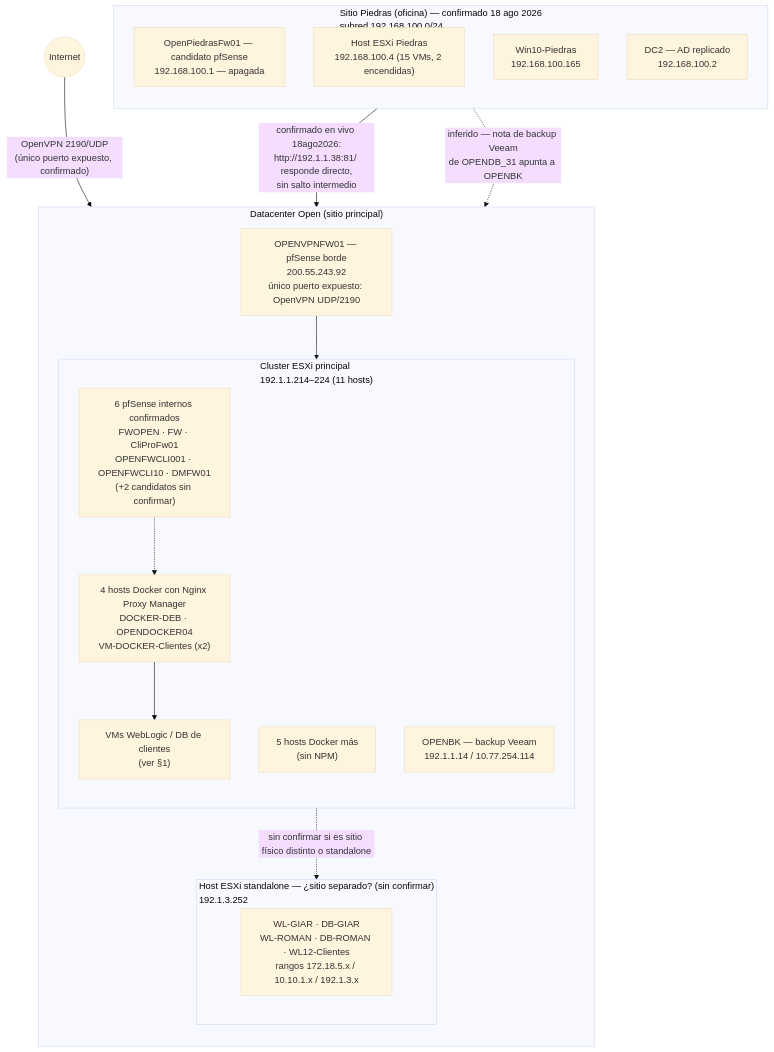
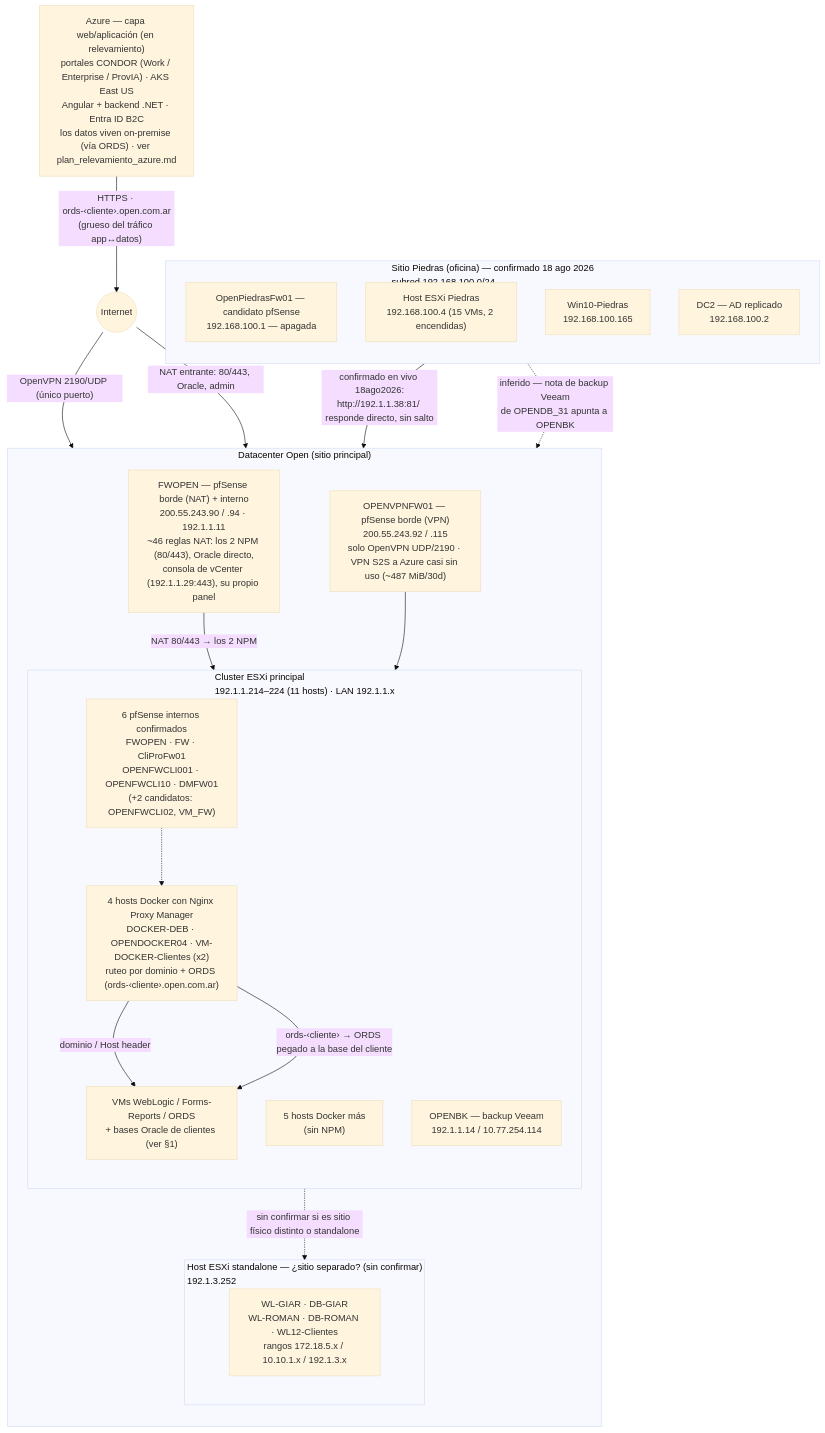
Before and after one commit to gianfranco-s/smartsouth-opensolutions: the second of 2 diagrams in infra/topology.md, drawn with Mermaid (base theme). The commit also changed other lines of this file and 3 other files, not shown here.

````diff
--- a/infra/topology.md
+++ b/infra/topology.md
@@ -154,40 +154,46 @@
 ```mermaid
 flowchart TB
   Internet(("Internet"))
+  AZURE["Azure — capa web/aplicación (en relevamiento)<br/>portales CONDOR (Work / Enterprise / ProvIA) · AKS East US<br/>Angular + backend .NET · Entra ID B2C<br/>los datos viven on-premise (vía ORDS) · ver plan_relevamiento_azure.md"]
 
   subgraph DC["Datacenter Open (sitio principal)"]
     direction TB
-    EDGE["OPENVPNFW01 — pfSense borde<br/>200.55.243.92<br/>único puerto expuesto: OpenVPN UDP/2190"]
+    EDGE["OPENVPNFW01 — pfSense borde (VPN)<br/>200.55.243.92 / .115<br/>solo OpenVPN UDP/2190 · VPN S2S a Azure casi sin uso (~487 MiB/30d)"]
+    EDGE2["FWOPEN — pfSense borde (NAT) + interno<br/>200.55.243.90 / .94 · 192.1.1.11<br/>~46 reglas NAT: los 2 NPM (80/443), Oracle directo,<br/>consola de vCenter (192.1.1.29:443), su propio panel"]
 
-    subgraph CLUSTER["Cluster ESXi principal<br/>192.1.1.214–224 (11 hosts)"]
+    subgraph CLUSTER["Cluster ESXi principal<br/>192.1.1.214–224 (11 hosts) · LAN 192.1.1.x"]
       direction TB
-      FWINT["6 pfSense internos confirmados<br/>FWOPEN · FW · CliProFw01<br/>OPENFWCLI001 · OPENFWCLI10 · DMFW01<br/>(+2 candidatos sin confirmar)"]
-      NPM["4 hosts Docker con Nginx Proxy Manager<br/>DOCKER-DEB · OPENDOCKER04<br/>VM-DOCKER-Clientes (x2)"]
+      FWINT["6 pfSense internos confirmados<br/>FWOPEN · FW · CliProFw01<br/>OPENFWCLI001 · OPENFWCLI10 · DMFW01<br/>(+2 candidatos: OPENFWCLI02, VM_FW)"]
+      NPM["4 hosts Docker con Nginx Proxy Manager<br/>DOCKER-DEB · OPENDOCKER04 · VM-DOCKER-Clientes (x2)<br/>ruteo por dominio + ORDS (ords-‹cliente›.open.com.ar)"]
       OTHERDOCKER["5 hosts Docker más<br/>(sin NPM)"]
-      WLDB["VMs WebLogic / DB de clientes<br/>(ver §1)"]
+      WLDB["VMs WebLogic / Forms-Reports / ORDS<br/>+ bases Oracle de clientes (ver §1)"]
       BACKUP["OPENBK — backup Veeam<br/>192.1.1.14 / 10.77.254.114"]
     end
 
     subgraph HOST2["Host ESXi standalone — ¿sitio separado? (sin confirmar)<br/>192.1.3.252"]
       direction TB
       GIARROMAN["WL-GIAR · DB-GIAR<br/>WL-ROMAN · DB-ROMAN · WL12-Clientes<br/>rangos 172.18.5.x / 10.10.1.x / 192.1.3.x"]
     end
   end
 
   subgraph PIEDRAS["Sitio Piedras (oficina) — confirmado 18 ago 2026<br/>subred 192.168.100.0/24"]
     direction TB
     PFW["OpenPiedrasFw01 — candidato pfSense<br/>192.168.100.1 — apagada"]
     PHOST["Host ESXi Piedras<br/>192.168.100.4 (15 VMs, 2 encendidas)"]
     PWIN["Win10-Piedras<br/>192.168.100.165"]
     PDC["DC2 — AD replicado<br/>192.168.100.2"]
   end
 
-  Internet -->|"OpenVPN 2190/UDP<br/>(único puerto expuesto, confirmado)"| EDGE
+  AZURE -->|"HTTPS · ords-‹cliente›.open.com.ar<br/>(grueso del tráfico app↔datos)"| Internet
+  Internet -->|"OpenVPN 2190/UDP (único puerto)"| EDGE
+  Internet -->|"NAT entrante: 80/443, Oracle, admin"| EDGE2
   EDGE --> CLUSTER
+  EDGE2 -->|"NAT 80/443 → los 2 NPM"| NPM
+  NPM -->|"dominio / Host header"| WLDB
+  NPM -->|"ords-‹cliente› → ORDS pegado a la base del cliente"| WLDB
+  FWINT -.-> NPM
   CLUSTER -.->|"sin confirmar si es sitio físico distinto o standalone"| HOST2
-  NPM --> WLDB
-  FWINT -.-> NPM
 
-  PWIN -->|"confirmado en vivo 18ago2026:<br/>http://192.1.1.38:81/ responde directo,<br/>sin salto intermedio"| NPM
+  PWIN -->|"confirmado en vivo 18ago2026:<br/>http://192.1.1.38:81/ responde directo, sin salto"| NPM
   PHOST -.->|"inferido — nota de backup Veeam<br/>de OPENDB_31 apunta a OPENBK"| BACKUP
 ```
````
